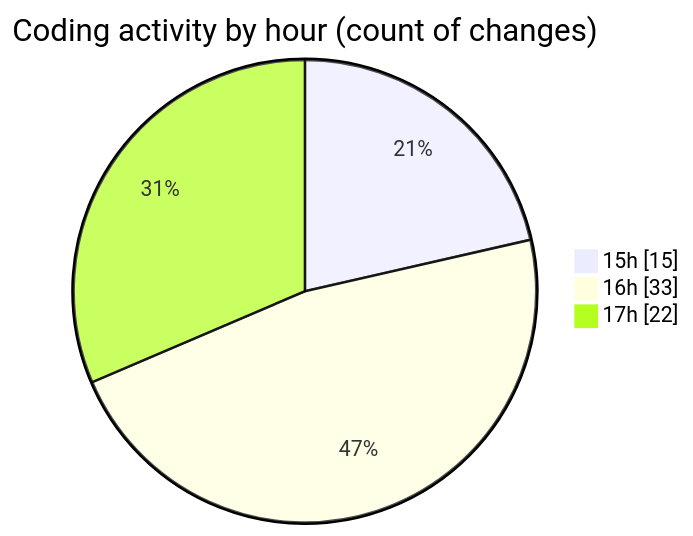
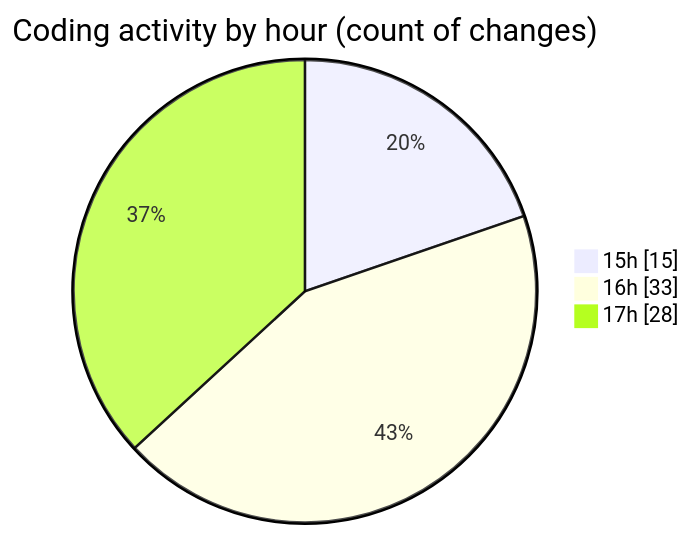
One commit to donsfak/code-tracking changed the second of 2 diagrams in 2025-02-25/trackers_app/README.md. Above: the diagram before and after it, drawn with Mermaid. The commit also changed other lines of this file and 1 other file, not shown here.

````diff
--- a/2025-02-25/trackers_app/README.md
+++ b/2025-02-25/trackers_app/README.md
@@ -38,7 +38,7 @@
 ```mermaid
 pie showData
 title Coding activity by hour (count of changes)
 "15h" : 15
 "16h" : 33
-"17h" : 22
+"17h" : 28
 ```
````
